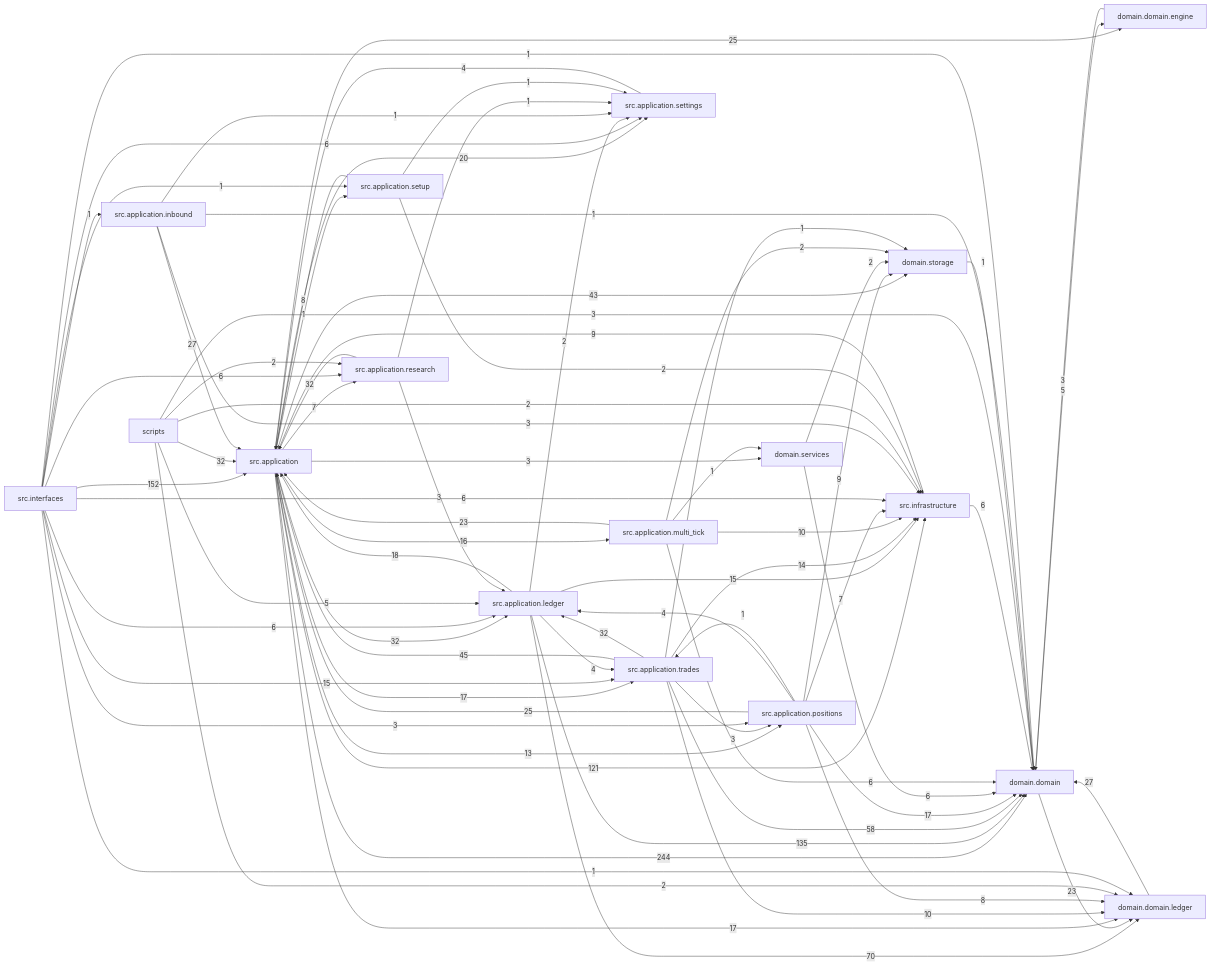
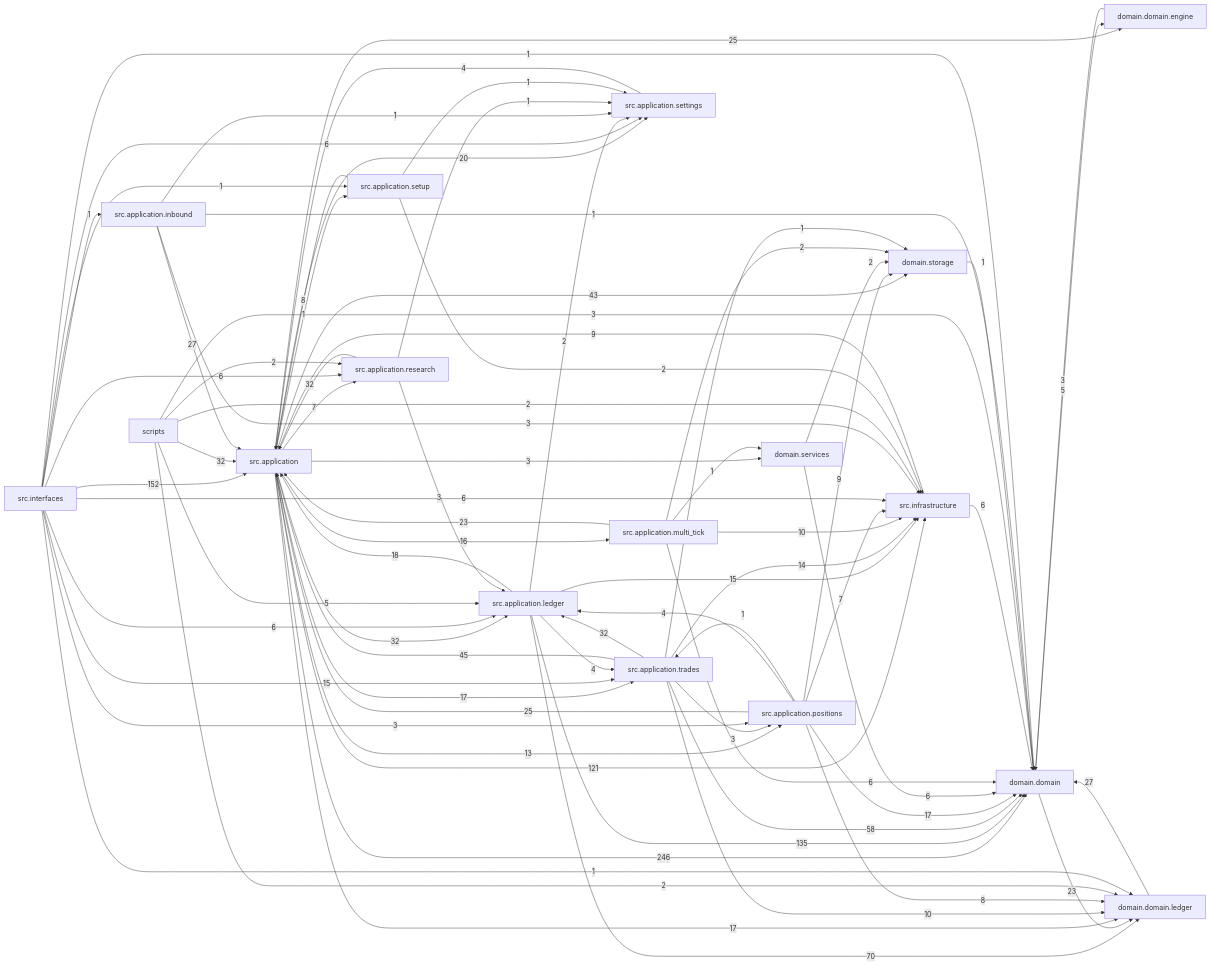
One commit to liuxie066/options-monitor changed the diagram in docs/dependency_graph.mmd. Above: the diagram before and after it, drawn with Mermaid. The commit also changed 20 other files, not shown here.

```diff
--- a/docs/dependency_graph.mmd
+++ b/docs/dependency_graph.mmd
@@ -1,76 +1,76 @@
 flowchart LR
-  src_application["src.application"] -->|244| domain_domain["domain.domain"]
+  src_application["src.application"] -->|246| domain_domain["domain.domain"]
   src_interfaces["src.interfaces"] -->|152| src_application["src.application"]
   src_application_ledger["src.application.ledger"] -->|135| domain_domain["domain.domain"]
   src_application["src.application"] -->|121| src_infrastructure["src.infrastructure"]
   src_application_ledger["src.application.ledger"] -->|70| domain_domain_ledger["domain.domain.ledger"]
   src_application_trades["src.application.trades"] -->|58| domain_domain["domain.domain"]
   src_application_trades["src.application.trades"] -->|45| src_application["src.application"]
   src_application["src.application"] -->|43| domain_storage["domain.storage"]
   scripts["scripts"] -->|32| src_application["src.application"]
   src_application["src.application"] -->|32| src_application_ledger["src.application.ledger"]
   src_application_research["src.application.research"] -->|32| src_application["src.application"]
   src_application_trades["src.application.trades"] -->|32| src_application_ledger["src.application.ledger"]
   domain_domain_ledger["domain.domain.ledger"] -->|27| domain_domain["domain.domain"]
   src_application_inbound["src.application.inbound"] -->|27| src_application["src.application"]
   src_application["src.application"] -->|25| domain_domain_engine["domain.domain.engine"]
   src_application_positions["src.application.positions"] -->|25| src_application["src.application"]
   domain_domain["domain.domain"] -->|23| domain_domain_ledger["domain.domain.ledger"]
   src_application_multi_tick["src.application.multi_tick"] -->|23| src_application["src.application"]
   src_application["src.application"] -->|20| src_application_settings["src.application.settings"]
   src_application_ledger["src.application.ledger"] -->|18| src_application["src.application"]
   src_application["src.application"] -->|17| domain_domain_ledger["domain.domain.ledger"]
   src_application["src.application"] -->|17| src_application_trades["src.application.trades"]
   src_application_positions["src.application.positions"] -->|17| domain_domain["domain.domain"]
   src_application["src.application"] -->|16| src_application_multi_tick["src.application.multi_tick"]
   src_application_ledger["src.application.ledger"] -->|15| src_infrastructure["src.infrastructure"]
   src_interfaces["src.interfaces"] -->|15| src_application_trades["src.application.trades"]
   src_application_trades["src.application.trades"] -->|14| src_infrastructure["src.infrastructure"]
   src_application["src.application"] -->|13| src_application_positions["src.application.positions"]
   src_application_multi_tick["src.application.multi_tick"] -->|10| src_infrastructure["src.infrastructure"]
   src_application_trades["src.application.trades"] -->|10| domain_domain_ledger["domain.domain.ledger"]
   src_application_positions["src.application.positions"] -->|9| domain_storage["domain.storage"]
   src_infrastructure["src.infrastructure"] -->|9| src_application["src.application"]
   src_application_positions["src.application.positions"] -->|8| domain_domain_ledger["domain.domain.ledger"]
   src_application_setup["src.application.setup"] -->|8| src_application["src.application"]
   src_application["src.application"] -->|7| src_application_research["src.application.research"]
   src_application_positions["src.application.positions"] -->|7| src_infrastructure["src.infrastructure"]
   domain_services["domain.services"] -->|6| domain_domain["domain.domain"]
   src_application_multi_tick["src.application.multi_tick"] -->|6| domain_domain["domain.domain"]
   src_infrastructure["src.infrastructure"] -->|6| domain_domain["domain.domain"]
   src_interfaces["src.interfaces"] -->|6| src_application_ledger["src.application.ledger"]
   src_interfaces["src.interfaces"] -->|6| src_application_research["src.application.research"]
   src_interfaces["src.interfaces"] -->|6| src_application_settings["src.application.settings"]
   src_interfaces["src.interfaces"] -->|6| src_infrastructure["src.infrastructure"]
   domain_domain["domain.domain"] -->|5| domain_domain_engine["domain.domain.engine"]
   scripts["scripts"] -->|5| src_application_ledger["src.application.ledger"]
   src_application_ledger["src.application.ledger"] -->|4| src_application_trades["src.application.trades"]
   src_application_positions["src.application.positions"] -->|4| src_application_ledger["src.application.ledger"]
   src_application_settings["src.application.settings"] -->|4| src_application["src.application"]
   domain_domain_engine["domain.domain.engine"] -->|3| domain_domain["domain.domain"]
   scripts["scripts"] -->|3| domain_domain["domain.domain"]
   src_application["src.application"] -->|3| domain_services["domain.services"]
   src_application_inbound["src.application.inbound"] -->|3| src_infrastructure["src.infrastructure"]
   src_application_research["src.application.research"] -->|3| src_application_ledger["src.application.ledger"]
   src_application_trades["src.application.trades"] -->|3| src_application_positions["src.application.positions"]
   src_interfaces["src.interfaces"] -->|3| src_application_positions["src.application.positions"]
   domain_services["domain.services"] -->|2| domain_storage["domain.storage"]
   scripts["scripts"] -->|2| domain_domain_ledger["domain.domain.ledger"]
   scripts["scripts"] -->|2| src_application_research["src.application.research"]
   scripts["scripts"] -->|2| src_infrastructure["src.infrastructure"]
   src_application_ledger["src.application.ledger"] -->|2| src_application_settings["src.application.settings"]
   src_application_multi_tick["src.application.multi_tick"] -->|2| domain_storage["domain.storage"]
   src_application_setup["src.application.setup"] -->|2| src_infrastructure["src.infrastructure"]
   domain_storage["domain.storage"] -->|1| domain_domain["domain.domain"]
   src_application["src.application"] -->|1| src_application_setup["src.application.setup"]
   src_application_inbound["src.application.inbound"] -->|1| domain_domain["domain.domain"]
   src_application_inbound["src.application.inbound"] -->|1| src_application_settings["src.application.settings"]
   src_application_multi_tick["src.application.multi_tick"] -->|1| domain_services["domain.services"]
   src_application_positions["src.application.positions"] -->|1| src_application_trades["src.application.trades"]
   src_application_research["src.application.research"] -->|1| src_application_settings["src.application.settings"]
   src_application_setup["src.application.setup"] -->|1| src_application_settings["src.application.settings"]
   src_application_trades["src.application.trades"] -->|1| domain_storage["domain.storage"]
   src_interfaces["src.interfaces"] -->|1| domain_domain["domain.domain"]
   src_interfaces["src.interfaces"] -->|1| domain_domain_ledger["domain.domain.ledger"]
   src_interfaces["src.interfaces"] -->|1| src_application_inbound["src.application.inbound"]
   src_interfaces["src.interfaces"] -->|1| src_application_setup["src.application.setup"]
```
